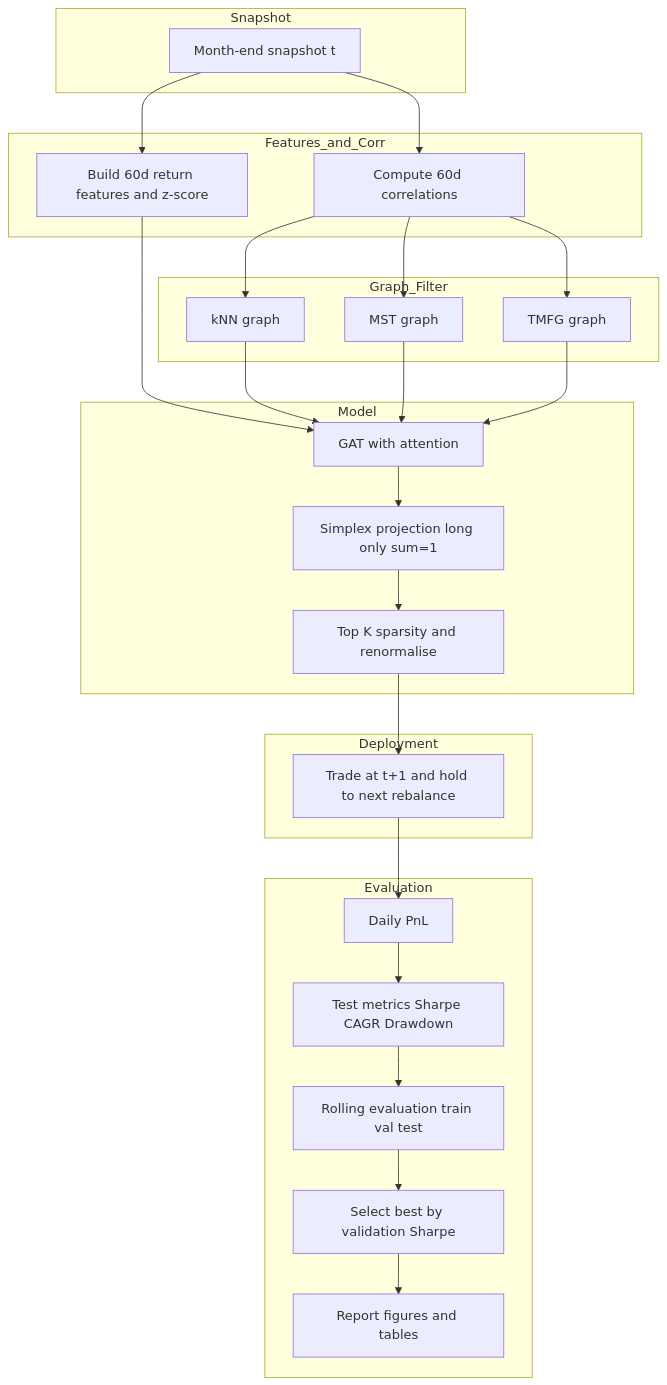
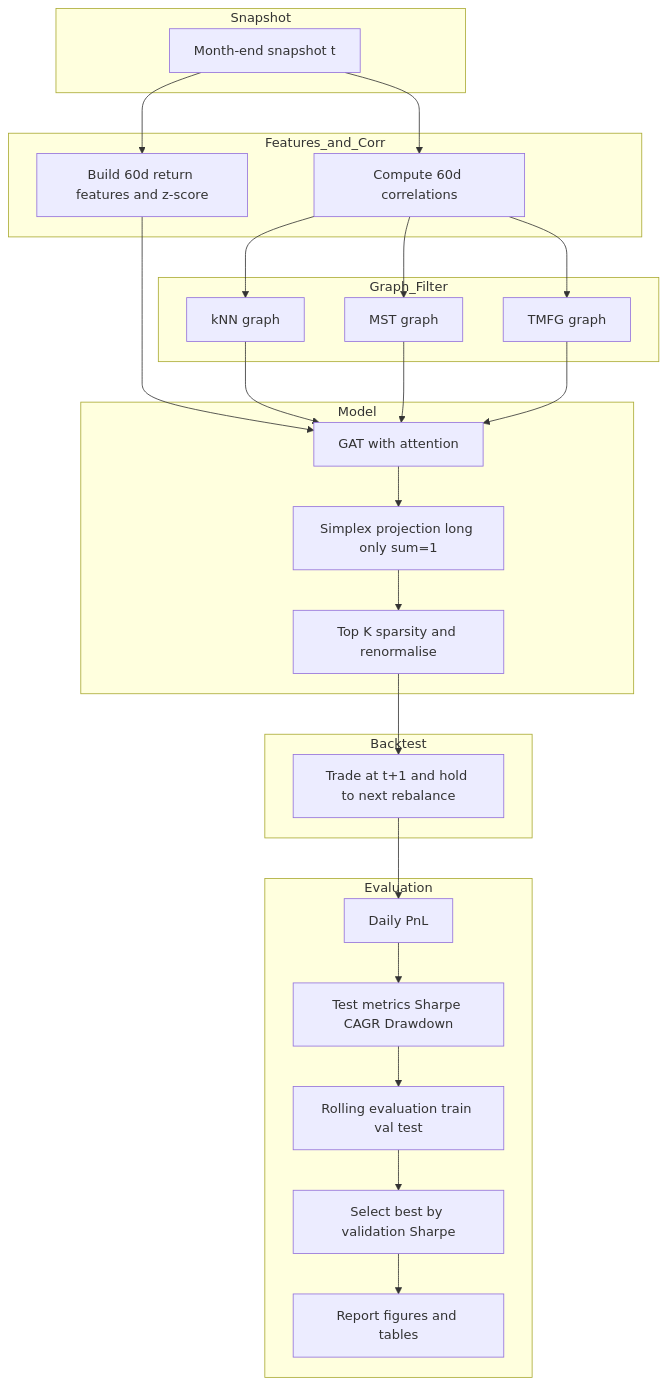
Before and after one commit to BrianIsaac/FinanceCoding: the second of 2 diagrams in GNN/test.md, drawn with Mermaid.

Commit message:
mermaid diagram for data collection

````diff
--- a/GNN/test.md
+++ b/GNN/test.md
@@ -29,53 +29,53 @@
 ```mermaid
 flowchart TD
   subgraph Snapshot
     A[Month-end snapshot t]
   end
 
   subgraph Features_and_Corr
     B[Build 60d return features and z-score]
     C[Compute 60d correlations]
   end
 
   subgraph Graph_Filter
     D1[kNN graph]
     D2[MST graph]
     D3[TMFG graph]
   end
 
   subgraph Model
     E[GAT with attention]
     F[Simplex projection long only sum=1]
     G[Top K sparsity and renormalise]
   end
 
-  subgraph Deployment
+  subgraph Backtest
     H[Trade at t+1 and hold to next rebalance]
   end
 
   subgraph Evaluation
     I[Daily PnL]
     J[Test metrics Sharpe CAGR Drawdown]
     K[Rolling evaluation train val test]
     L[Select best by validation Sharpe]
     M[Report figures and tables]
   end
 
   A --> B
   A --> C
   C --> D1
   C --> D2
   C --> D3
   B --> E
   D1 --> E
   D2 --> E
   D3 --> E
   E --> F
   F --> G
   G --> H
   H --> I
   I --> J
   J --> K
   K --> L
   L --> M
   ```
````
